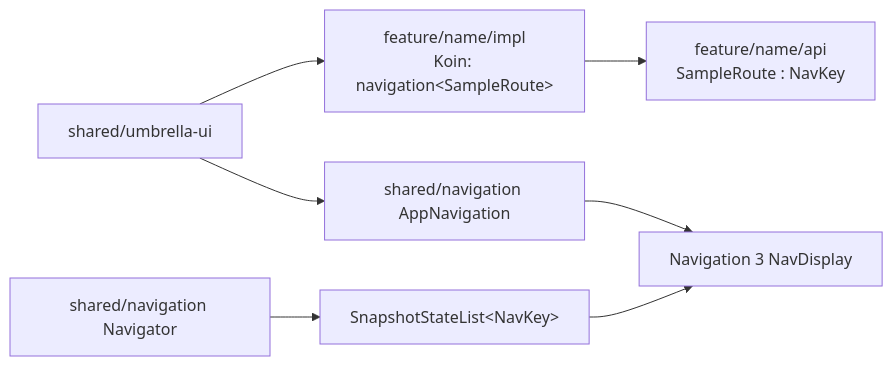
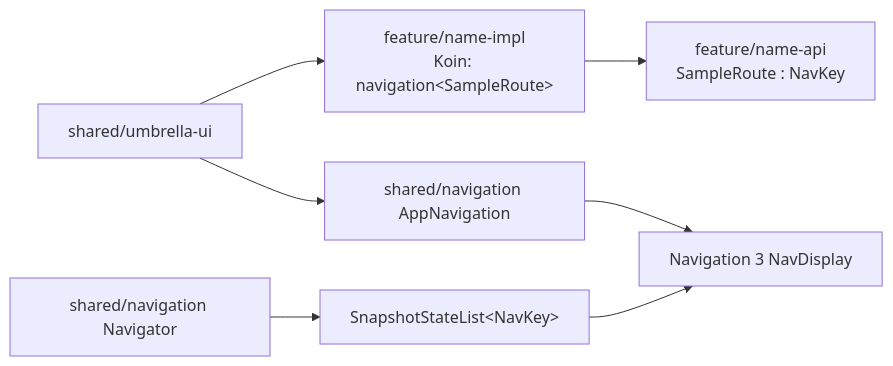
The sixth of 8 diagrams in ONBOARDING.md (Helmy2/Dream), drawn with Mermaid before and after one commit. The commit also changed other lines of this file and 305 other files, not shown here.

````diff
--- a/ONBOARDING.md
+++ b/ONBOARDING.md
@@ -211,11 +213,11 @@
 ```mermaid
 flowchart LR
-    Api[feature/name/api\nSampleRoute : NavKey]
-    Impl[feature/name/impl\nKoin: navigation&lt;SampleRoute&gt;]
+    Api[feature/name-api\nSampleRoute : NavKey]
+    Impl[feature/name-impl\nKoin: navigation&lt;SampleRoute&gt;]
     Impl --> Api
     UmbrellaUI[shared/umbrella-ui] --> Impl
     Navigator[shared/navigation Navigator] --> BackStack[SnapshotStateList&lt;NavKey&gt;]
     AppNavigation[shared/navigation AppNavigation] --> NavDisplay[Navigation 3 NavDisplay]
     BackStack --> NavDisplay
     UmbrellaUI --> AppNavigation
 ```
````
